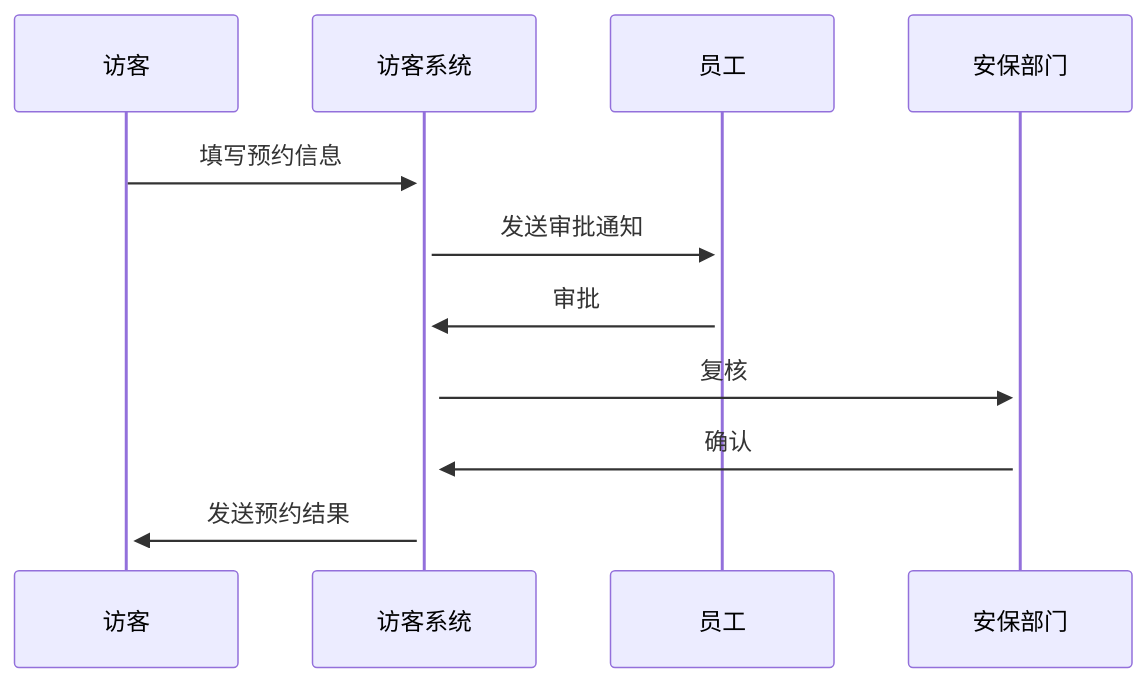
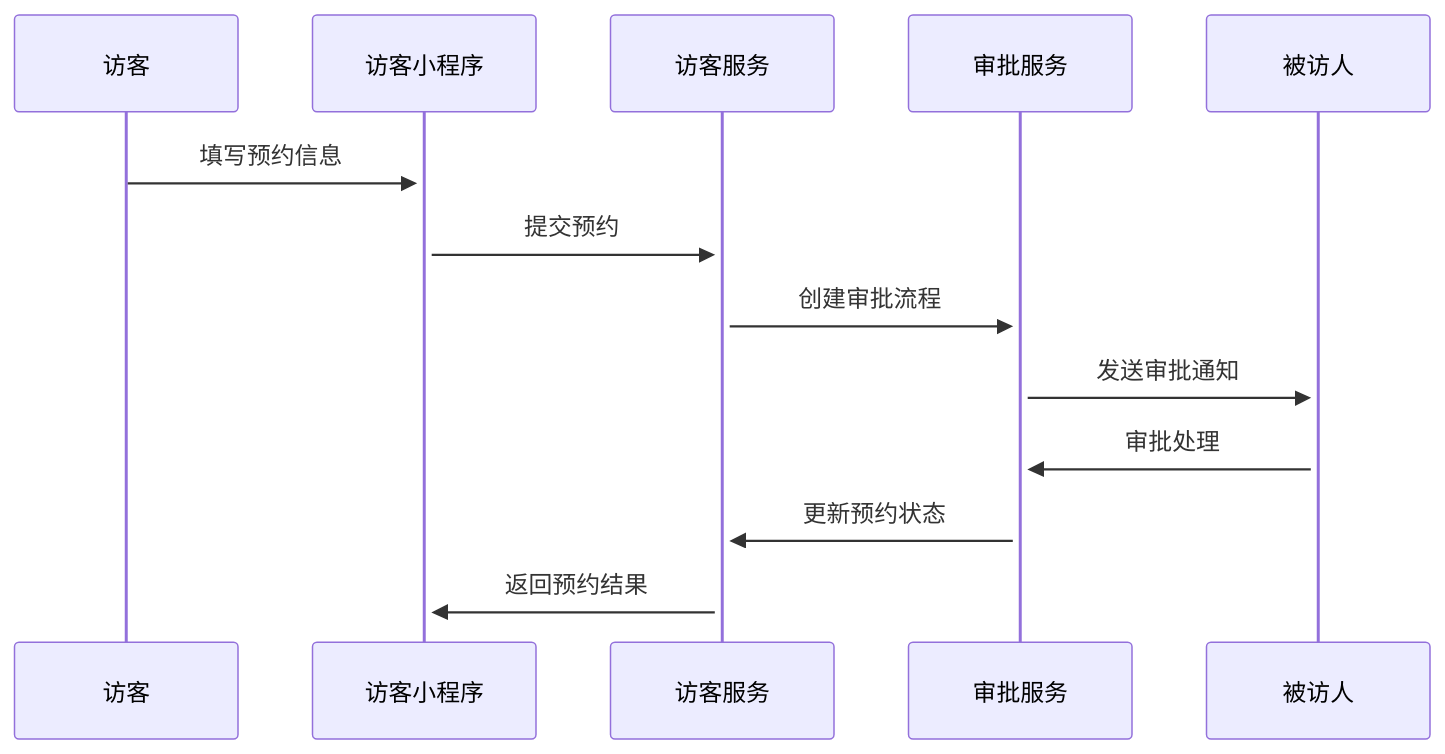
Before and after one commit to yuhaibao39/n8ndeploy: the second of 3 diagrams in devel/outlinedesign.md, drawn with Mermaid. The commit also changed other lines of this file, not shown here.

````diff
--- a/devel/outlinedesign.md
+++ b/devel/outlinedesign.md
@@ -60,9 +68,10 @@
 ```mermaid
 sequenceDiagram
-    访客->>+访客系统: 填写预约信息
-    访客系统->>+员工: 发送审批通知
-    员工->>+访客系统: 审批
-    访客系统->>+安保部门: 复核
-    安保部门->>+访客系统: 确认
-    访客系统->>+访客: 发送预约结果
+    访客->>+访客小程序: 填写预约信息
+    访客小程序->>+访客服务: 提交预约
+    访客服务->>+审批服务: 创建审批流程
+    审批服务->>+被访人: 发送审批通知
+    被访人->>+审批服务: 审批处理
+    审批服务->>+访客服务: 更新预约状态
+    访客服务->>+访客小程序: 返回预约结果
 ```
````
